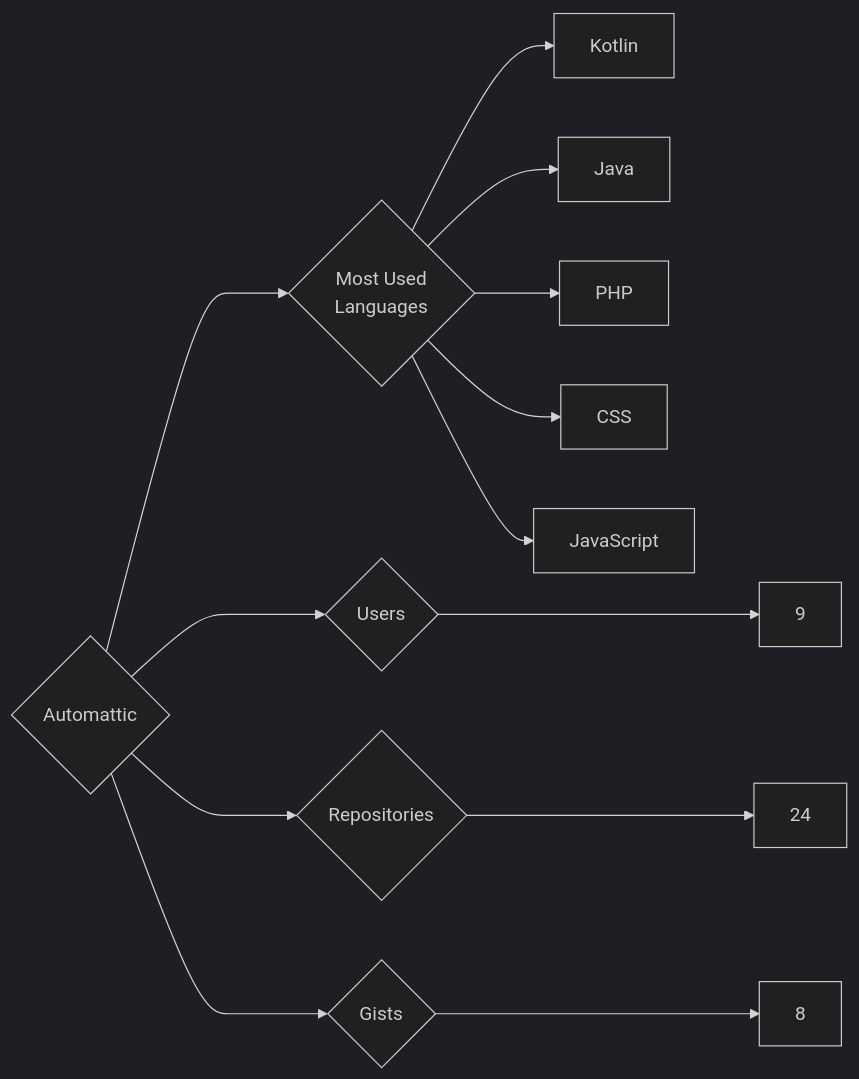
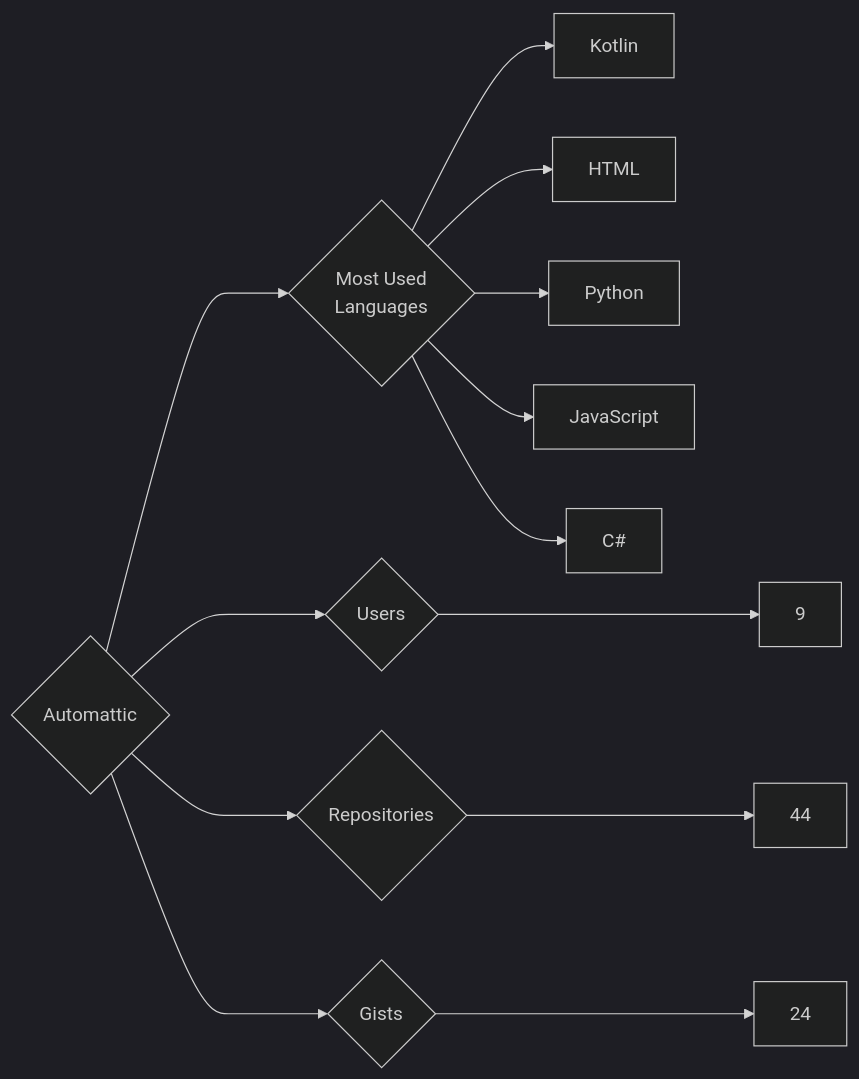
Before and after one commit to trickest/insiders: the diagram in targets/Automattic/README.md, drawn with Mermaid (dark theme). The commit also changed 724 other files, not shown here.

````diff
--- a/targets/Automattic/README.md
+++ b/targets/Automattic/README.md
@@ -3,13 +3,13 @@
 ```mermaid
 graph LR
 COMPANY_NAME{Automattic}
 COMPANY_NAME ---> U{Users} ---> UN[9]
-COMPANY_NAME ---> R{Repositories} ---> RN[24]
-COMPANY_NAME ---> G{Gists} ---> GN[8]
+COMPANY_NAME ---> R{Repositories} ---> RN[44]
+COMPANY_NAME ---> G{Gists} ---> GN[24]
 COMPANY_NAME ---> ML{Most Used<br>Languages}
 ML --> Kotlin[Kotlin]
-ML --> Java[Java]
-ML --> PHP[PHP]
-ML --> CSS[CSS]
+ML --> HTML[HTML]
+ML --> Python[Python]
 ML --> JavaScript[JavaScript]
+ML --> C#[C#]
 ```
````
